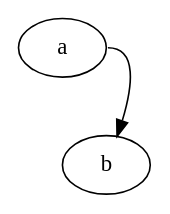
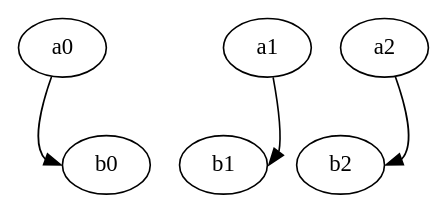
One commit to sisyphus1212/note changed the eighth of 11 diagrams in other/graphviz.md. Above: the diagram before and after it, drawn with Graphviz.

Commit message:
auto_update

````diff
--- a/other/graphviz.md
+++ b/other/graphviz.md
@@ -99,5 +99,7 @@
 ```graphviz
 digraph G {
-    a -> b [tailport = e];
+    a0 -> b0:w;
+    a1 -> b1:e;
+    a2 -> b2:e;
 }
 ```
````
